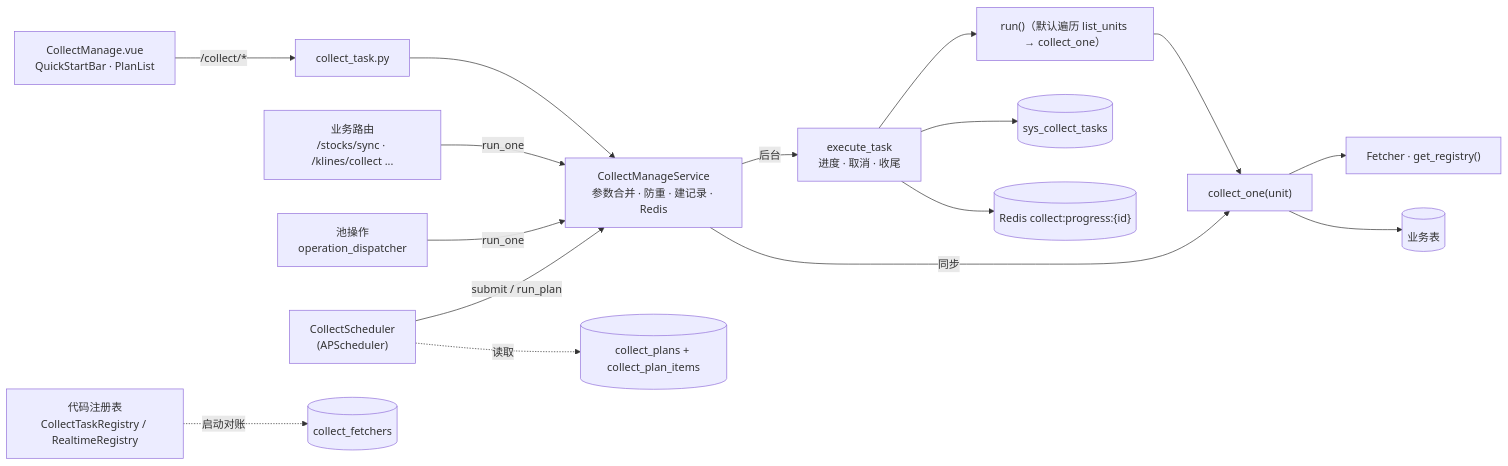
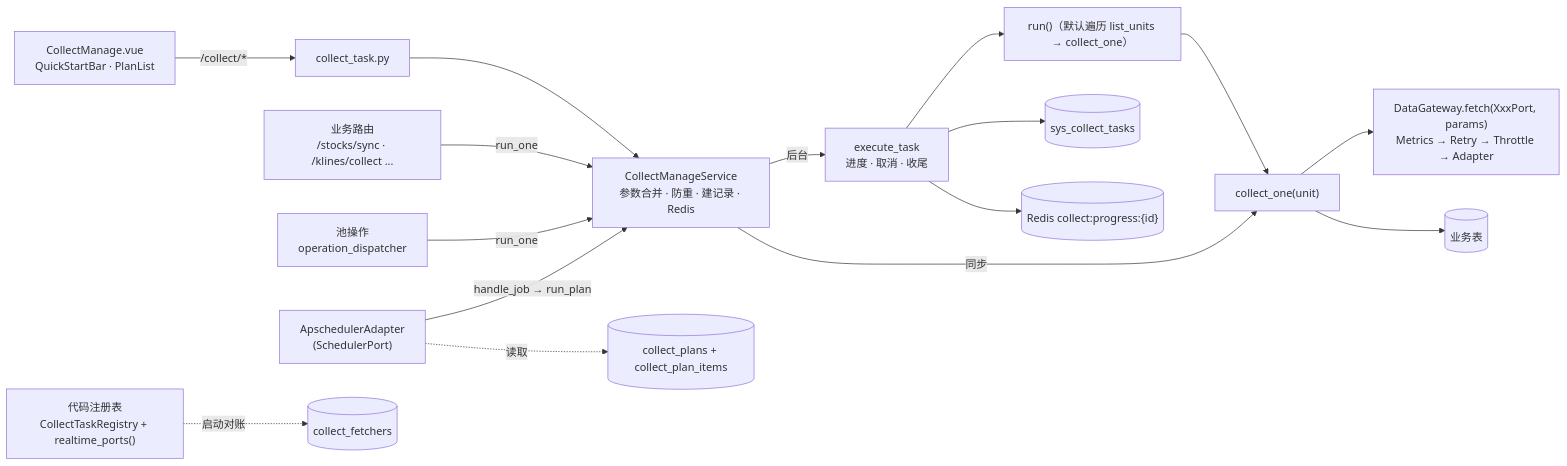
Before and after one commit to 1294117457/Attribution_Analysis: the first of 2 diagrams in docs/backend-docs/overview/collectmanage摘要.md, drawn with Mermaid. The commit also changed other lines of this file and 138 other files, not shown here.

````diff
--- a/docs/backend-docs/overview/collectmanage摘要.md
+++ b/docs/backend-docs/overview/collectmanage摘要.md
@@ -34,18 +40,18 @@
 ```mermaid
 flowchart LR
     UI["CollectManage.vue<br/>QuickStartBar · PlanList"] -->|"/collect/*"| R["collect_task.py"]
     BIZ["业务路由<br/>/stocks/sync · /klines/collect ..."] -->|run_one| SVC
     POOL["池操作<br/>operation_dispatcher"] -->|run_one| SVC
-    SCH["CollectScheduler<br/>(APScheduler)"] -->|"submit / run_plan"| SVC
+    SCH["ApschedulerAdapter<br/>(SchedulerPort)"] -->|"handle_job → run_plan"| SVC
     R --> SVC["CollectManageService<br/>参数合并 · 防重 · 建记录 · Redis"]
     SVC -->|后台| E["execute_task<br/>进度 · 取消 · 收尾"]
     SVC -->|同步| ONE["collect_one(unit)"]
     E --> RUN["run()（默认遍历 list_units → collect_one）"]
     RUN --> ONE
-    ONE --> F["Fetcher · get_registry()"]
+    ONE --> F["DataGateway.fetch(XxxPort, params)<br/>Metrics → Retry → Throttle → Adapter"]
     ONE --> DB[("业务表")]
     E --> SYS[("sys_collect_tasks")]
     E --> RD[("Redis collect:progress:{id}")]
     SCH -. 读取 .-> PL[("collect_plans + collect_plan_items")]
-    REG["代码注册表<br/>CollectTaskRegistry / RealtimeRegistry"] -. 启动对账 .-> FT[("collect_fetchers")]
+    REG["代码注册表<br/>CollectTaskRegistry + realtime_ports()"] -. 启动对账 .-> FT[("collect_fetchers")]
 ```
````
